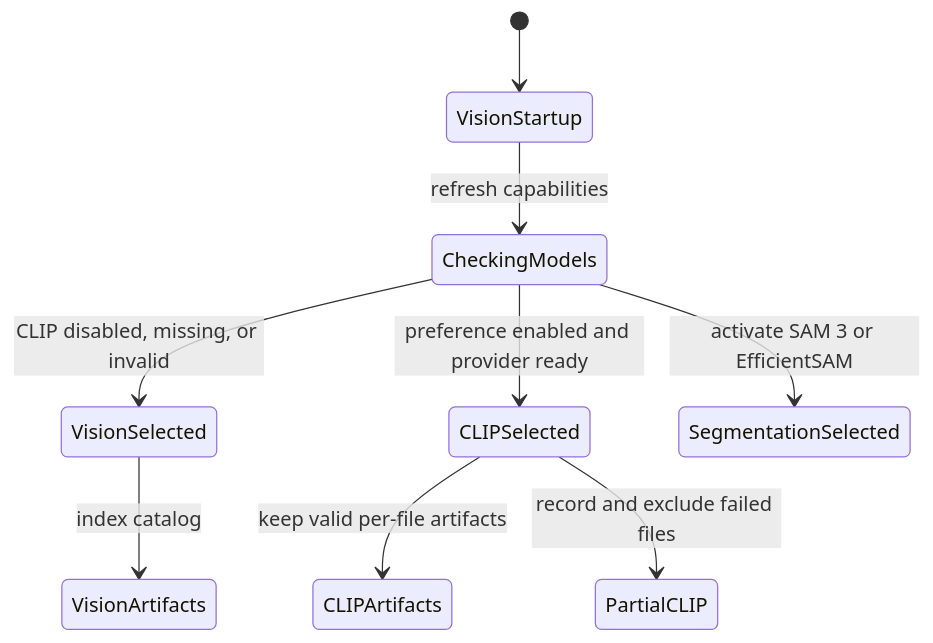
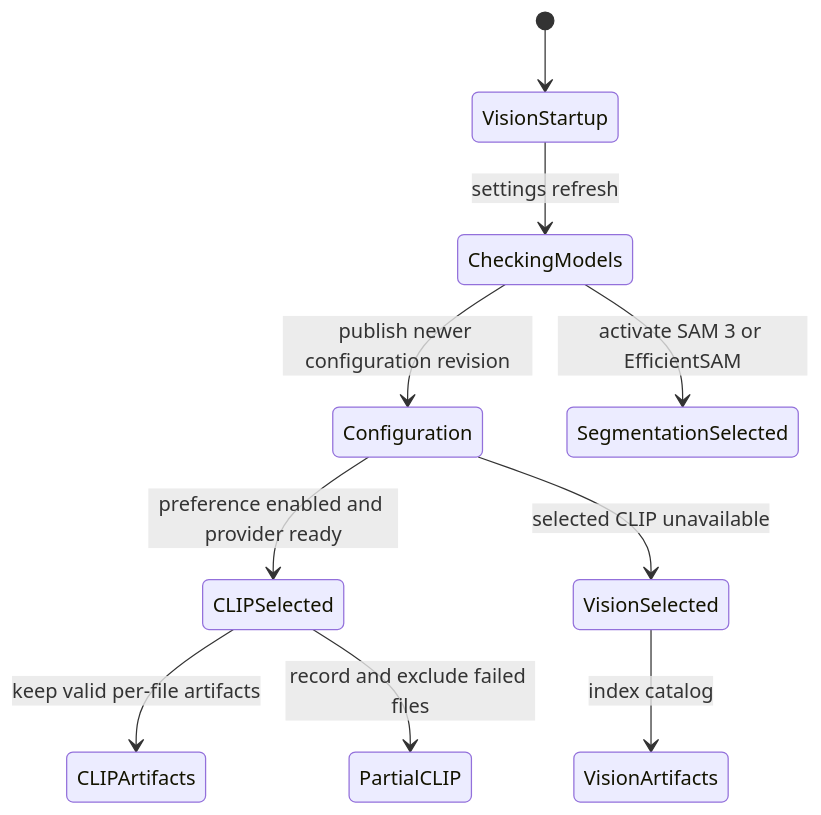
The second of 2 diagrams in content/en/docs/ai/_index.md (rsyncOSX/TechDocRawcull), drawn with Mermaid before and after one commit. The commit also changed other lines of this file and 13 other files, not shown here.

````diff
--- a/content/en/docs/ai/_index.md
+++ b/content/en/docs/ai/_index.md
@@ -133,11 +160,12 @@
 ```mermaid
 stateDiagram-v2
     [*] --> VisionStartup
-    VisionStartup --> CheckingModels: refresh capabilities
-    CheckingModels --> VisionSelected: CLIP disabled, missing, or invalid
-    CheckingModels --> CLIPSelected: preference enabled and provider ready
+    VisionStartup --> CheckingModels: settings refresh
+    CheckingModels --> Configuration: publish newer configuration revision
+    Configuration --> CLIPSelected: preference enabled and provider ready
+    Configuration --> VisionSelected: selected CLIP unavailable
     CLIPSelected --> CLIPArtifacts: keep valid per-file artifacts
     CLIPSelected --> PartialCLIP: record and exclude failed files
     VisionSelected --> VisionArtifacts: index catalog
     CheckingModels --> SegmentationSelected: activate SAM 3 or EfficientSAM
 ```
````
